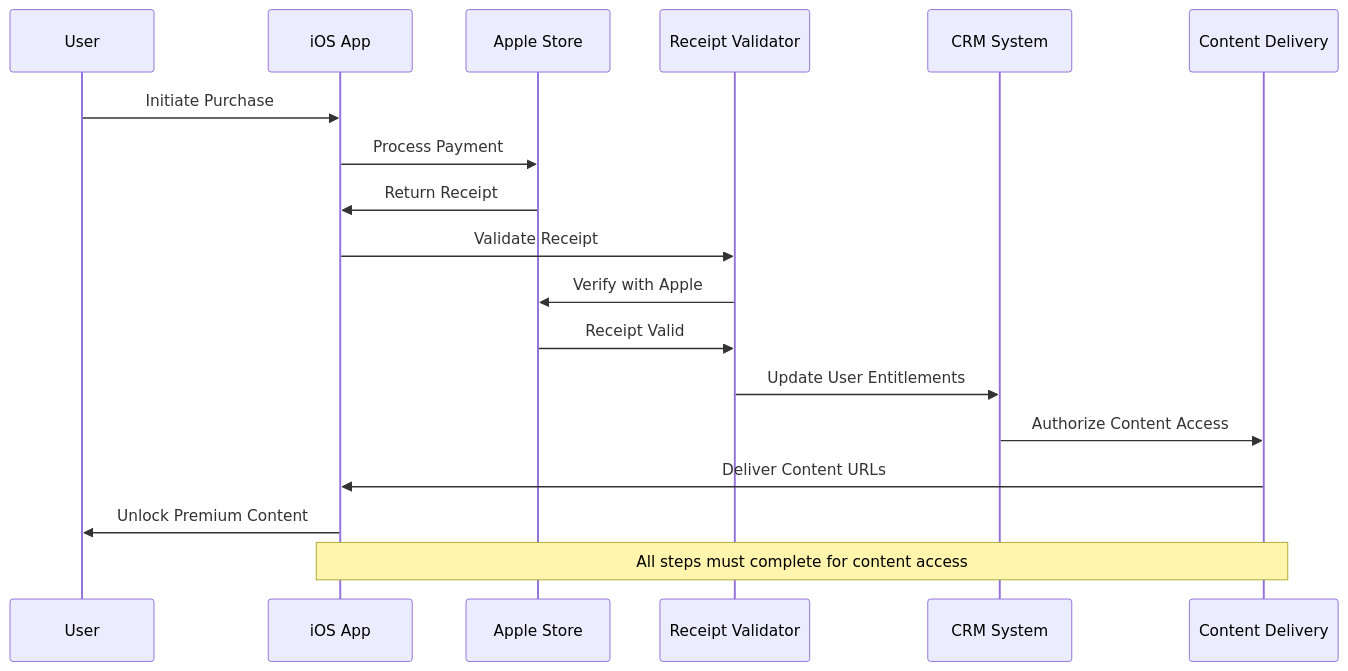
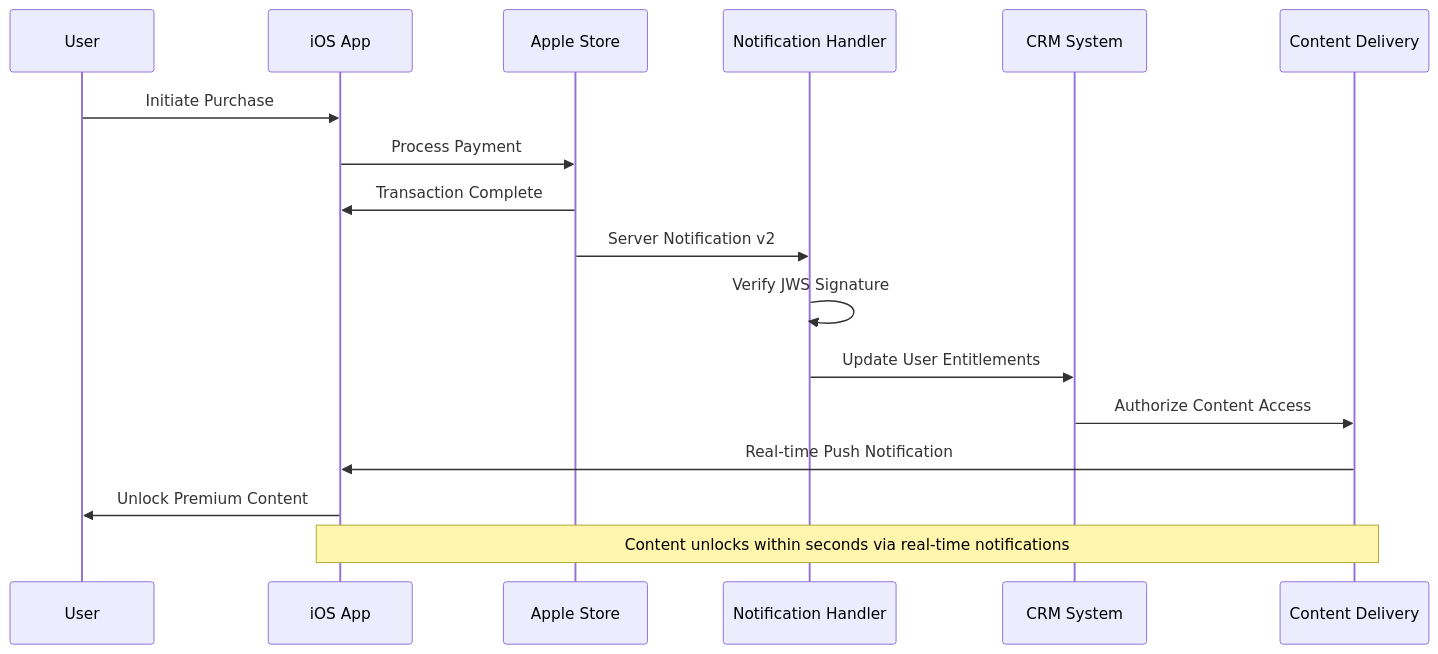
One commit to tnstoyanov/applePayInAppBt changed the second of 3 diagrams in architecture/system-overview.md. Above: the diagram before and after it, drawn with Mermaid. The commit also changed other lines of this file and 5 other files, not shown here.

First line of the commit message:
CRITICAL: Remove all deprecated verifyReceipt API references

````diff
--- a/architecture/system-overview.md
+++ b/architecture/system-overview.md
@@ -126,22 +126,21 @@
 ```mermaid
 sequenceDiagram
     participant U as User
     participant A as iOS App
     participant AS as Apple Store
-    participant RV as Receipt Validator
+    participant NH as Notification Handler
     participant CRM as CRM System
     participant CD as Content Delivery
     
     U->>A: Initiate Purchase
     A->>AS: Process Payment
-    AS->>A: Return Receipt
-    A->>RV: Validate Receipt
-    RV->>AS: Verify with Apple
-    AS->>RV: Receipt Valid
-    RV->>CRM: Update User Entitlements
+    AS->>A: Transaction Complete
+    AS->>NH: Server Notification v2
+    NH->>NH: Verify JWS Signature
+    NH->>CRM: Update User Entitlements
     CRM->>CD: Authorize Content Access
-    CD->>A: Deliver Content URLs
+    CD->>A: Real-time Push Notification
     A->>U: Unlock Premium Content
     
-    Note over A,CD: All steps must complete for content access
+    Note over A,CD: Content unlocks within seconds via real-time notifications
 ```
````
